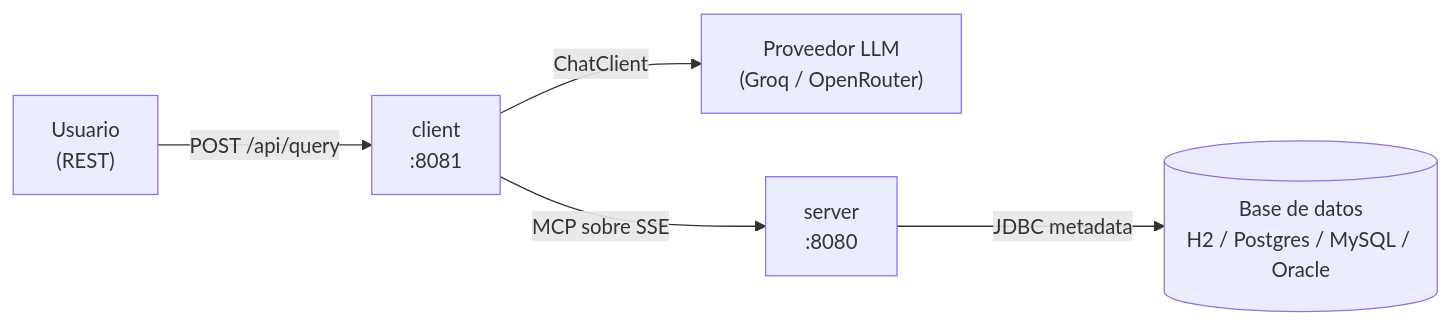
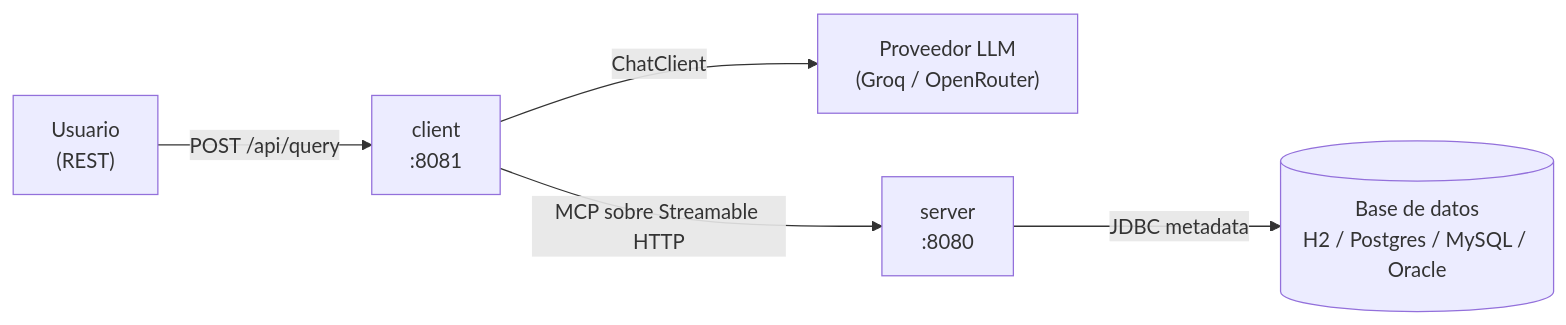
One commit to Gianni-Nicolas/MCP-capsule changed the diagram in README.md. Above: the diagram before and after it, drawn with Mermaid. The commit also changed other lines of this file and 5 other files, not shown here.

Commit message:
refactor(mcp): migrate transport from HTTP+SSE to Streamable HTTP (Spring AI 2.0.1)

````diff
--- a/README.md
+++ b/README.md
@@ -15,7 +15,7 @@
 ```mermaid
 flowchart LR
     User["Usuario<br/>(REST)"] -->|POST /api/query| Client["client<br/>:8081"]
     Client -->|ChatClient| LLM["Proveedor LLM<br/>(Groq / OpenRouter)"]
-    Client -->|MCP sobre SSE| Server["server<br/>:8080"]
+    Client -->|MCP sobre Streamable HTTP| Server["server<br/>:8080"]
     Server -->|JDBC metadata| DB[("Base de datos<br/>H2 / Postgres / MySQL / Oracle")]
 ```
````
